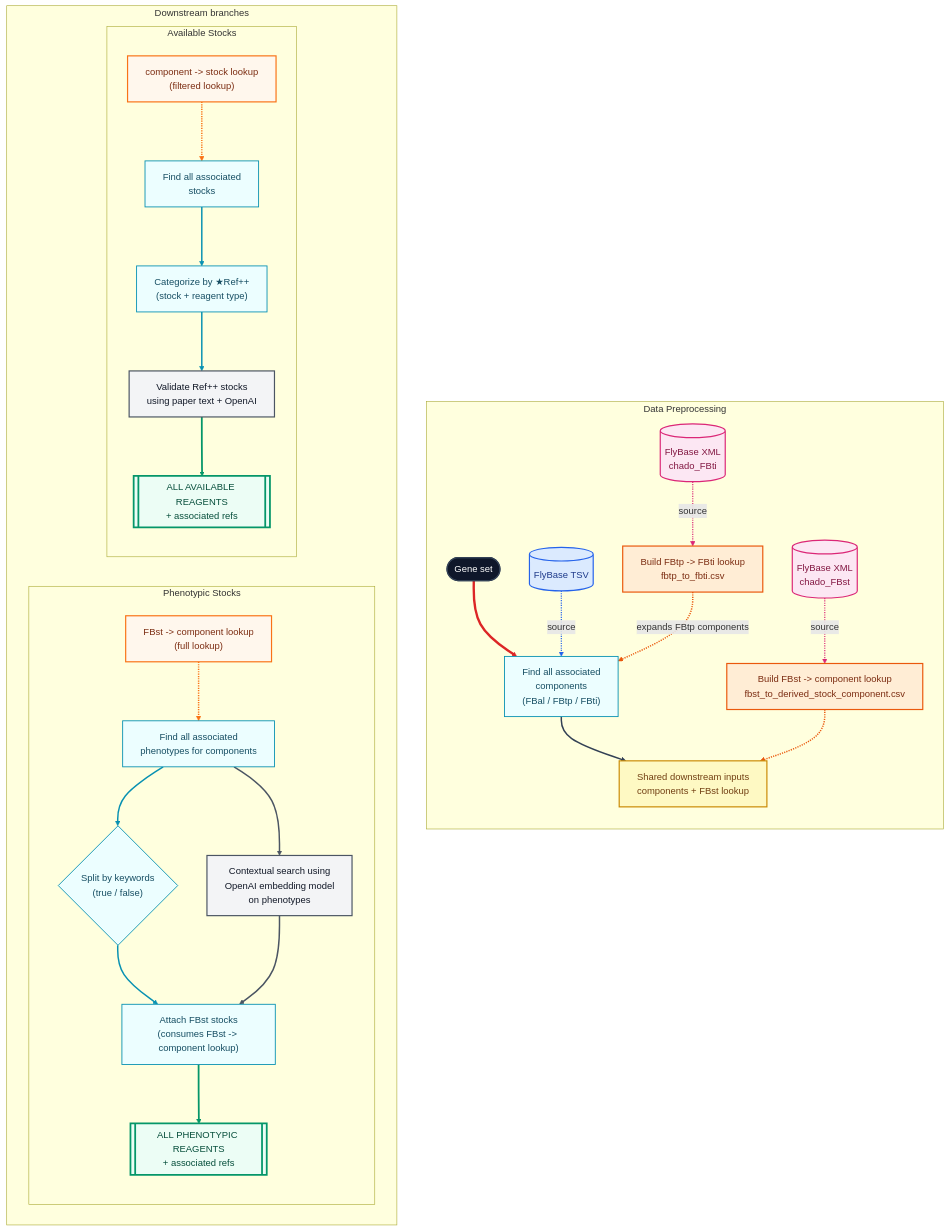
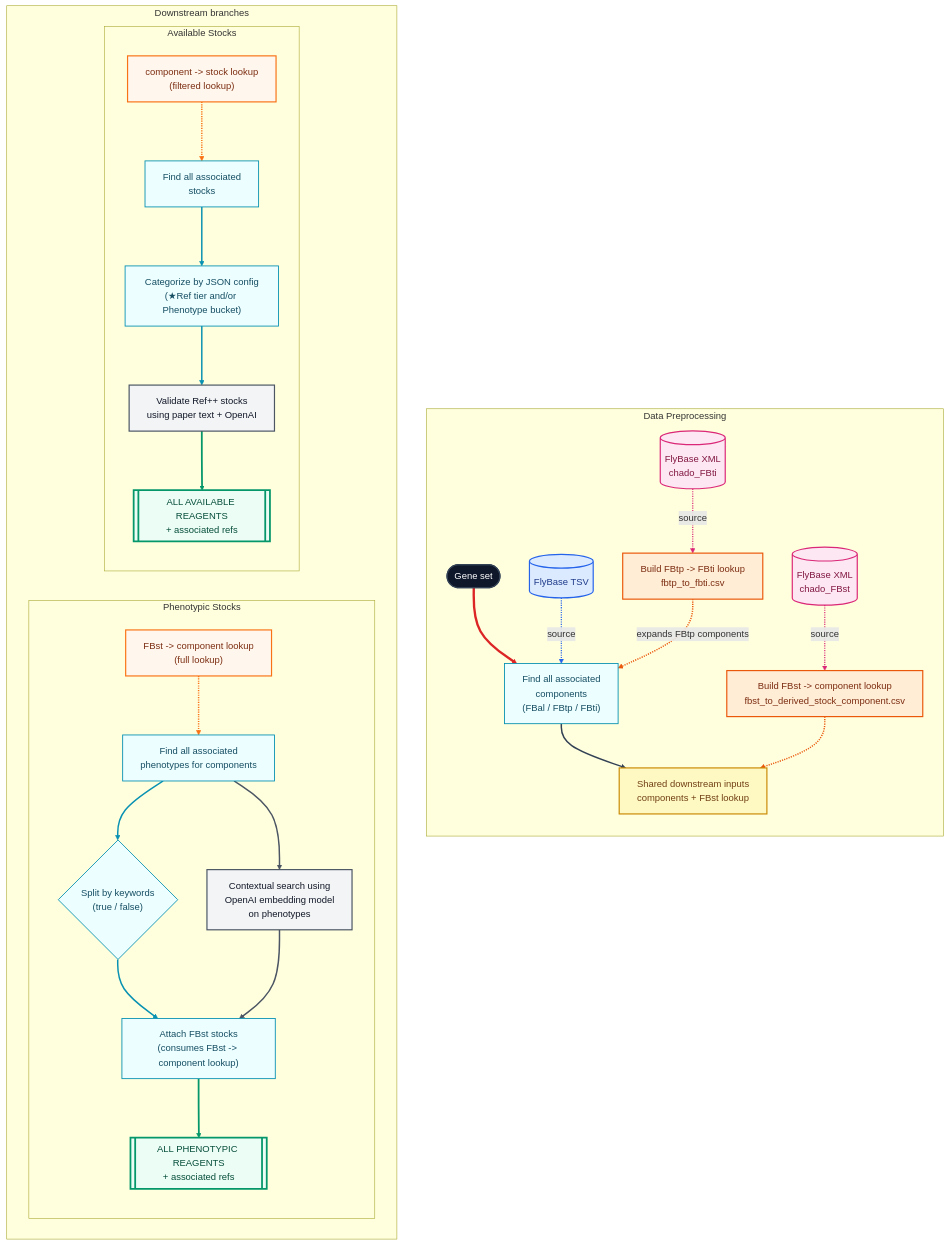
Before and after one commit to aadish98/fl.AI-reagent-stocker: the first of 3 diagrams in docs/pipeline_flowcharts.md, drawn with Mermaid. The commit also changed other lines of this file and 21 other files, not shown here.

```diff
--- a/docs/pipeline_flowcharts.md
+++ b/docs/pipeline_flowcharts.md
@@ -40,7 +40,7 @@
             direction TB
             StockFBstRoute["component -> stock lookup<br/>(filtered lookup)"]
             Stocks["Find all associated<br/>stocks"]
-            Categorize["Categorize by ★Ref++ <br/>(stock + reagent type)"]
+            Categorize["Categorize by JSON config<br/>(★Ref tier and/or Phenotype bucket)"]
             Validate["Validate Ref++ stocks<br/>using paper text + OpenAI"]
             Available[["ALL AVAILABLE REAGENTS<br/>+ associated refs"]]
         end
```
